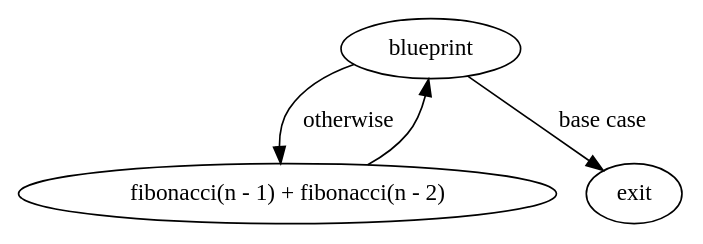
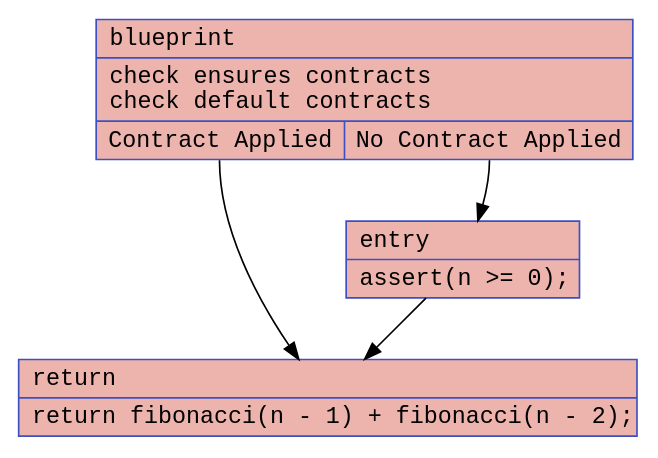
Before and after one commit to twanman1412/blueprintScript: the first of 4 diagrams in examples/fibonacci/fibonacci.md, drawn with Graphviz. The commit also changed other lines of this file and 58 other files, not shown here.

````diff
--- a/examples/fibonacci/fibonacci.md
+++ b/examples/fibonacci/fibonacci.md
@@ -6,11 +4,10 @@
 ```dot
-digraph "CFG for fibonacci.bps" {
-    blueprint [label="blueprint"];
-    body [label="fibonacci(n - 1) + fibonacci(n - 2)"];
-    exit [label="exit"];
-
-    blueprint -> exit [label="base case"];
-    blueprint -> body [label="otherwise"];
-    body -> blueprint;
+digraph "CFG for fibonacci" {
+	blueprint [shape=record, color="#3d50c3ff", style=filled, fillcolor="#d6524470", fontname="Courier", label="{blueprint\l|check ensures contracts\lcheck default contracts\l|{<s0>Contract Applied|<s1>No Contract Applied}}"];
+	blueprint:s0 -> ret;
+	blueprint:s1 -> entry;
+	entry [shape=record, color="#3d50c3ff", style=filled, fillcolor="#d6524470", fontname="Courier", label="{entry\l|assert(n \>= 0);\l}"];
+	entry -> ret;
+	ret [shape=record, color="#3d50c3ff", style=filled, fillcolor="#d6524470", fontname="Courier", label="{return\l|return fibonacci(n - 1) + fibonacci(n - 2);\l}"];
 }
 ```
````
